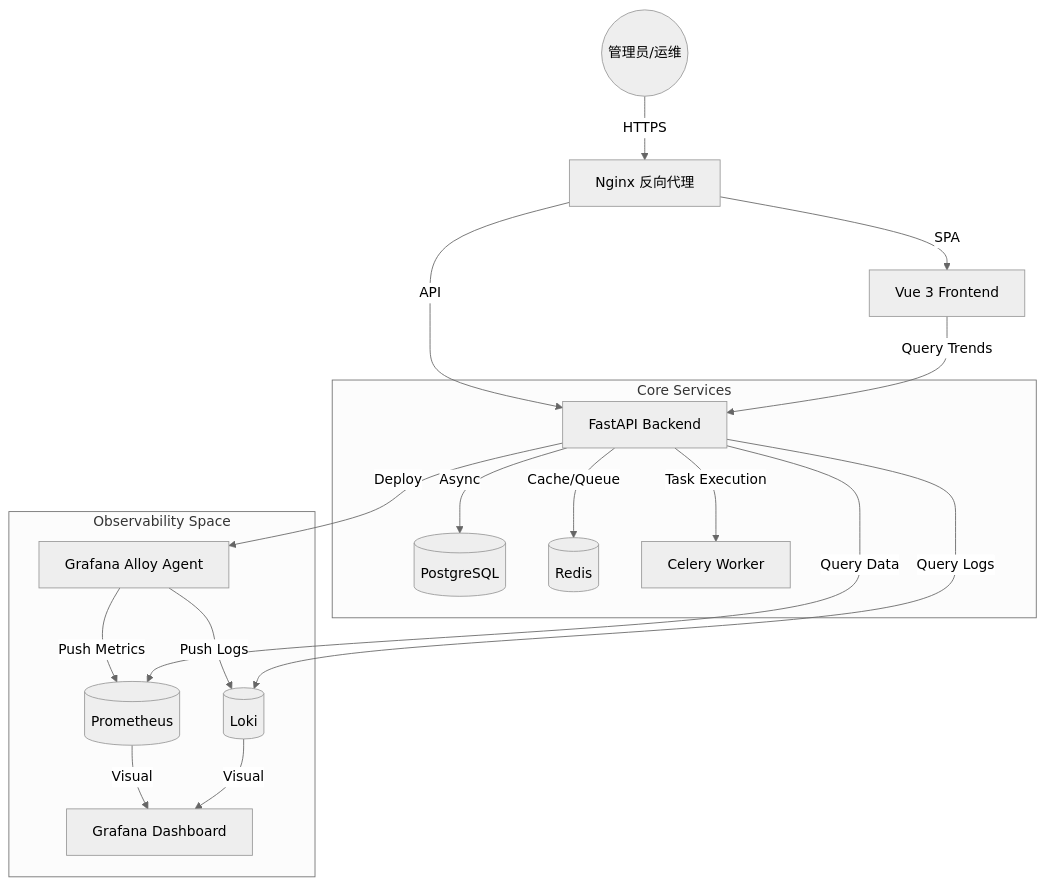
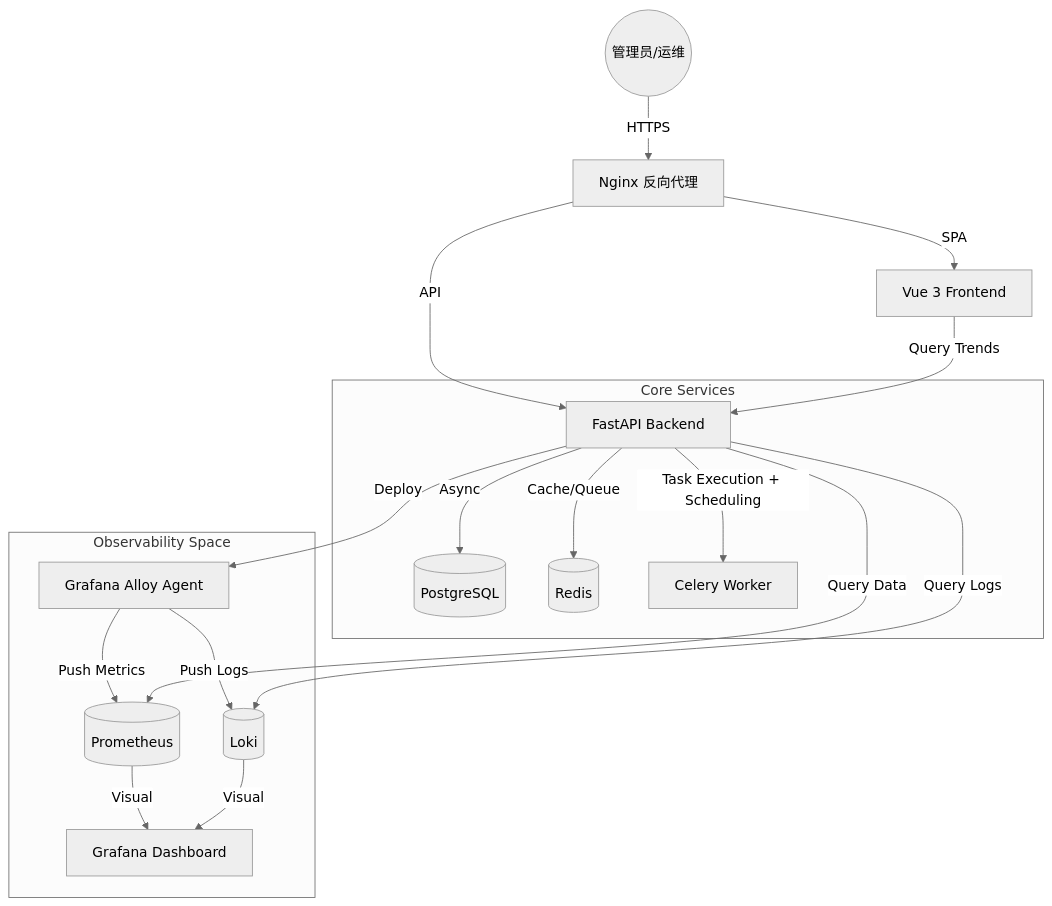
Before and after one commit to fjzworld/ops: the diagram in README.md, drawn with Mermaid (neutral theme). The commit also changed 1 other file, not shown here.

Commit message:
优化容器数量

````diff
--- a/README.md
+++ b/README.md
@@ -13,24 +13,24 @@
 ```mermaid
 graph TD
     User((管理员/运维)) -->|HTTPS| Nginx[Nginx 反向代理]
     Nginx -->|SPA| Frontend[Vue 3 Frontend]
     Nginx -->|API| Backend[FastAPI Backend]
     
     subgraph "Core Services"
         Backend -->|Async| DB[(PostgreSQL)]
         Backend -->|Cache/Queue| Redis[(Redis)]
-        Backend -->|Task Execution| Celery[Celery Worker]
+        Backend -->|Task Execution + Scheduling| Celery[Celery Worker]
     end
     
     subgraph "Observability Space"
         Backend -->|Deploy| Agent[Grafana Alloy Agent]
         Agent -->|Push Metrics| Prometheus[(Prometheus)]
         Agent -->|Push Logs| Loki[(Loki)]
         Prometheus -->|Visual| Grafana[Grafana Dashboard]
         Loki -->|Visual| Grafana
     end
     
     Frontend -->|Query Trends| Backend
     Backend -->|Query Data| Prometheus
     Backend -->|Query Logs| Loki
 ```
````
